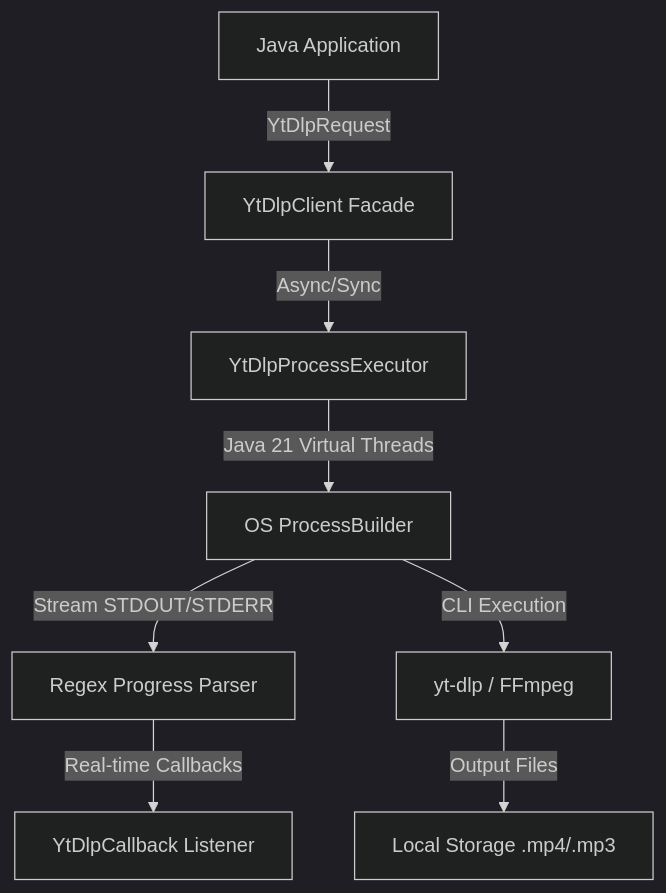
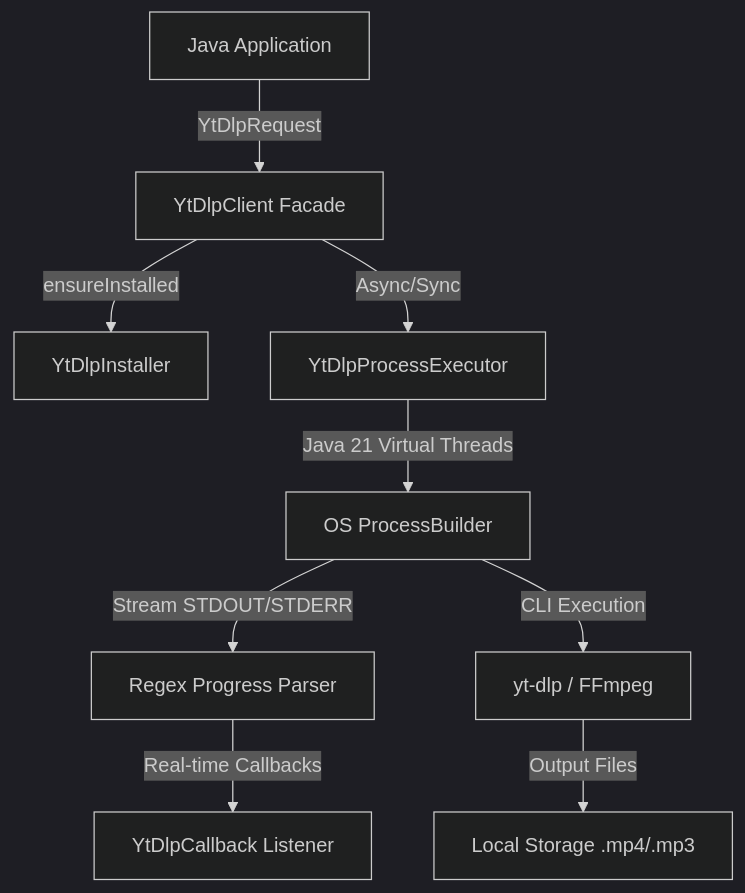
The diagram in README.md (LucasOliveira09/ytdlp-java), drawn with Mermaid (dark theme) before and after one commit. The commit also changed other lines of this file and 1 other file, not shown here.

Commit message:
feat: add automatic binary installer YtDlpInstaller for zero-setup execution

````diff
--- a/README.md
+++ b/README.md
@@ -67,10 +68,11 @@
 ```mermaid
 graph TD
     A[Java Application] -->|YtDlpRequest| B[YtDlpClient Facade]
-    B -->|Async/Sync| C[YtDlpProcessExecutor]
-    C -->|Java 21 Virtual Threads| D[OS ProcessBuilder]
-    D -->|Stream STDOUT/STDERR| E[Regex Progress Parser]
-    E -->|Real-time Callbacks| F[YtDlpCallback Listener]
-    D -->|CLI Execution| G[yt-dlp / FFmpeg]
-    G -->|Output Files| H[Local Storage .mp4/.mp3]
+    B -->|ensureInstalled| C[YtDlpInstaller]
+    B -->|Async/Sync| D[YtDlpProcessExecutor]
+    D -->|Java 21 Virtual Threads| E[OS ProcessBuilder]
+    E -->|Stream STDOUT/STDERR| F[Regex Progress Parser]
+    F -->|Real-time Callbacks| G[YtDlpCallback Listener]
+    E -->|CLI Execution| H[yt-dlp / FFmpeg]
+    H -->|Output Files| I[Local Storage .mp4/.mp3]
 ```
````
